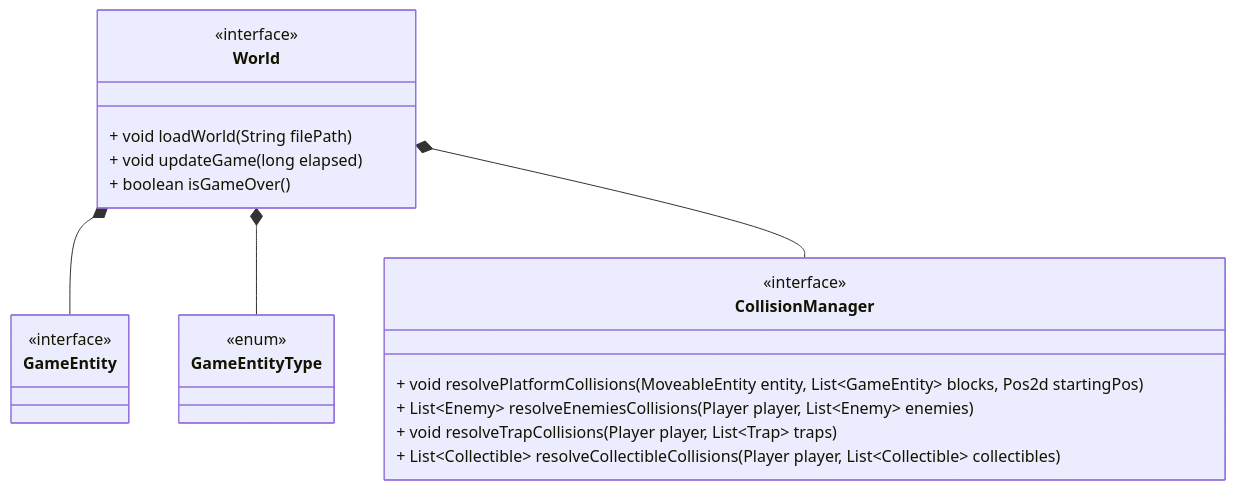
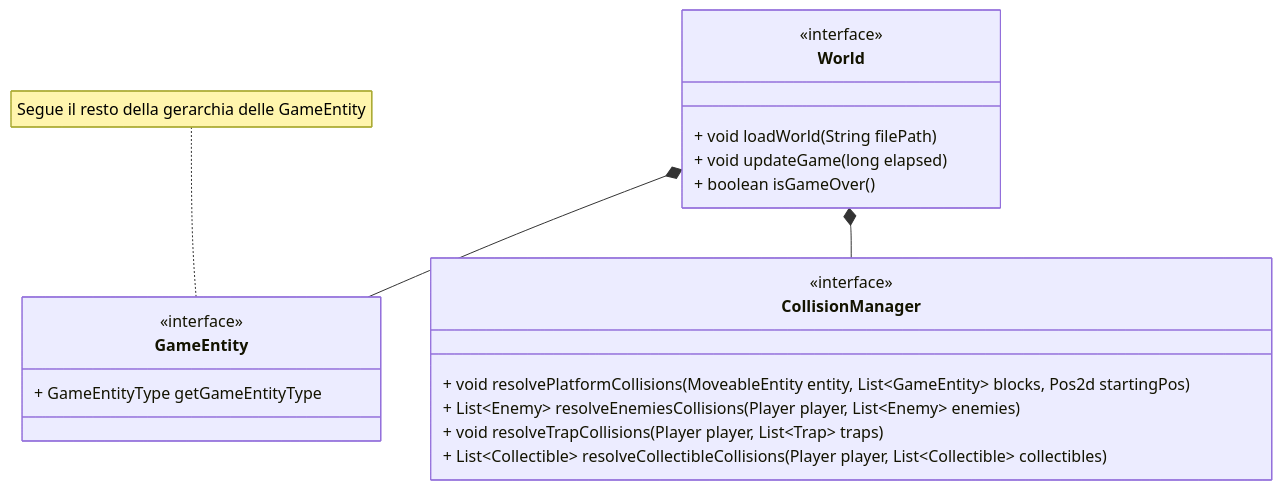
The seventh of 8 diagrams in report.md (unibo-oop-projects/OOP23-FilippoMassariFilippoMassari6studio-MatteoBagnolini-FilippoMassari-SaadElMaliki-Matteo-SUPSON), drawn with Mermaid before and after one commit. The commit also changed other lines of this file, not shown here.

````diff
--- a/report.md
+++ b/report.md
@@ -307,29 +321,26 @@
 ```mermaid
 classDiagram
     class World {
         <<interface>>
         + void loadWorld(String filePath)
         + void updateGame(long elapsed)
         + boolean isGameOver()
     }
 
     class GameEntity {
         <<interface>>
+        + GameEntityType getGameEntityType
     }
+    note for GameEntity "Segue il resto della gerarchia delle GameEntity"
 
     class CollisionManager {
         <<interface>>
         + void resolvePlatformCollisions(MoveableEntity entity, List~GameEntity~ blocks, Pos2d startingPos)
         + List~Enemy~ resolveEnemiesCollisions(Player player, List~Enemy~ enemies)
         + void resolveTrapCollisions(Player player, List~Trap~ traps)
         + List~Collectible~ resolveCollectibleCollisions(Player player, List~Collectible~ collectibles)
     }
 
-    class GameEntityType {
-        <<enum>>
-    }
-
     World *-- GameEntity
-    World *-- GameEntityType
     World *-- CollisionManager
 ```
````
